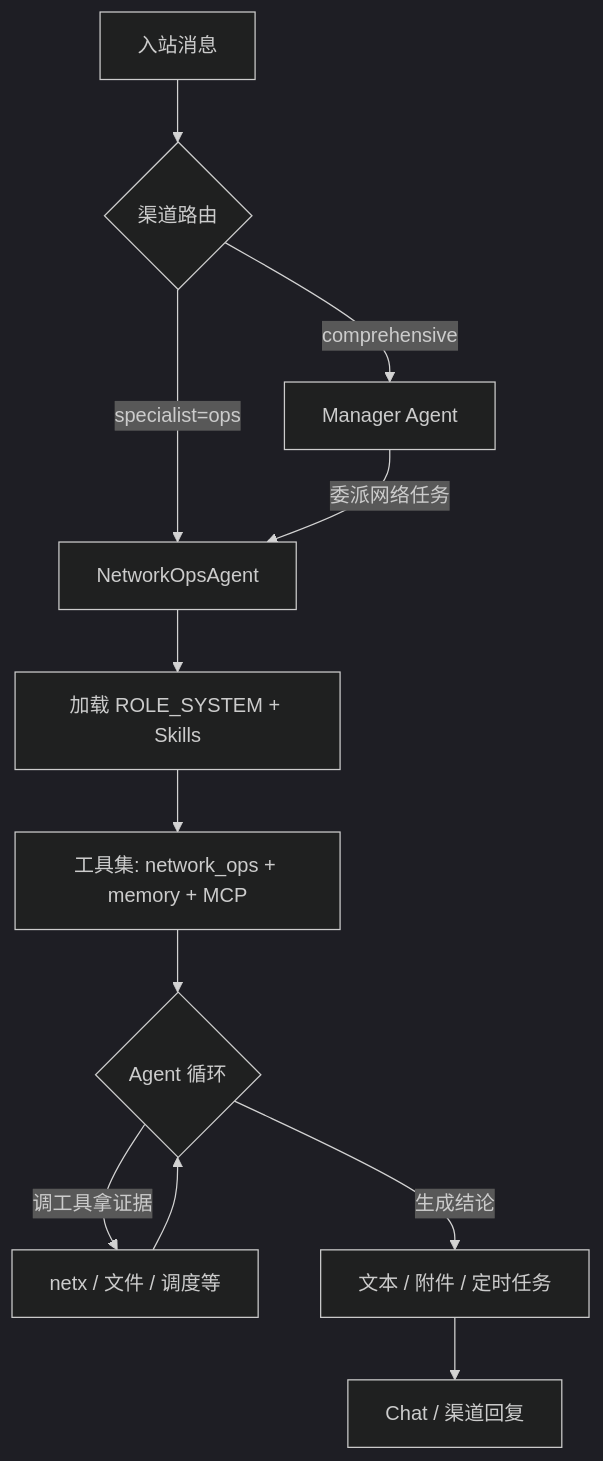
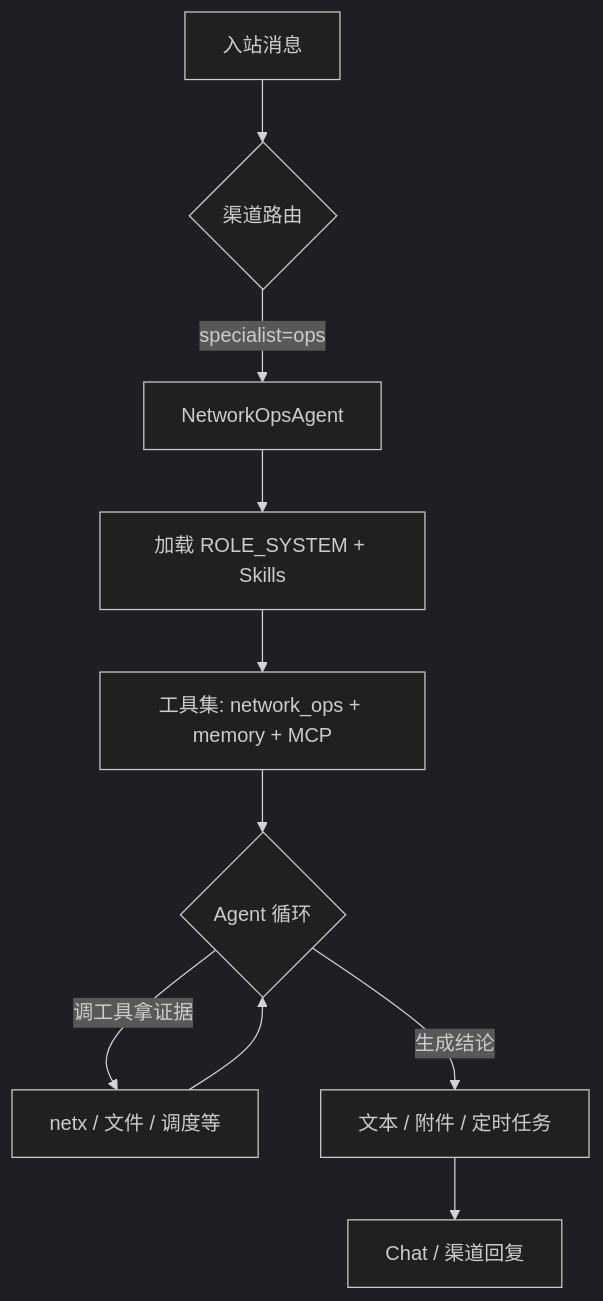
The second of 12 diagrams in docs/presentations/oclaw-netx-ops-expert.md (hansjone/oclaw), drawn with Mermaid (dark theme) before and after one commit. The commit also changed other lines of this file and 4 other files, not shown here.

````diff
--- a/docs/presentations/oclaw-netx-ops-expert.md
+++ b/docs/presentations/oclaw-netx-ops-expert.md
@@ -86,14 +85,12 @@
 ```mermaid
 flowchart TD
   A[入站消息] --> B{渠道路由}
   B -->|specialist=ops| C[NetworkOpsAgent]
-  B -->|comprehensive| D[Manager Agent]
-  D -->|委派网络任务| C
   C --> E[加载 ROLE_SYSTEM + Skills]
   E --> F[工具集: network_ops + memory + MCP]
   F --> G{Agent 循环}
   G -->|调工具拿证据| H[netx / 文件 / 调度等]
   H --> G
   G -->|生成结论| I[文本 / 附件 / 定时任务]
   I --> J[Chat / 渠道回复]
 ```
````
